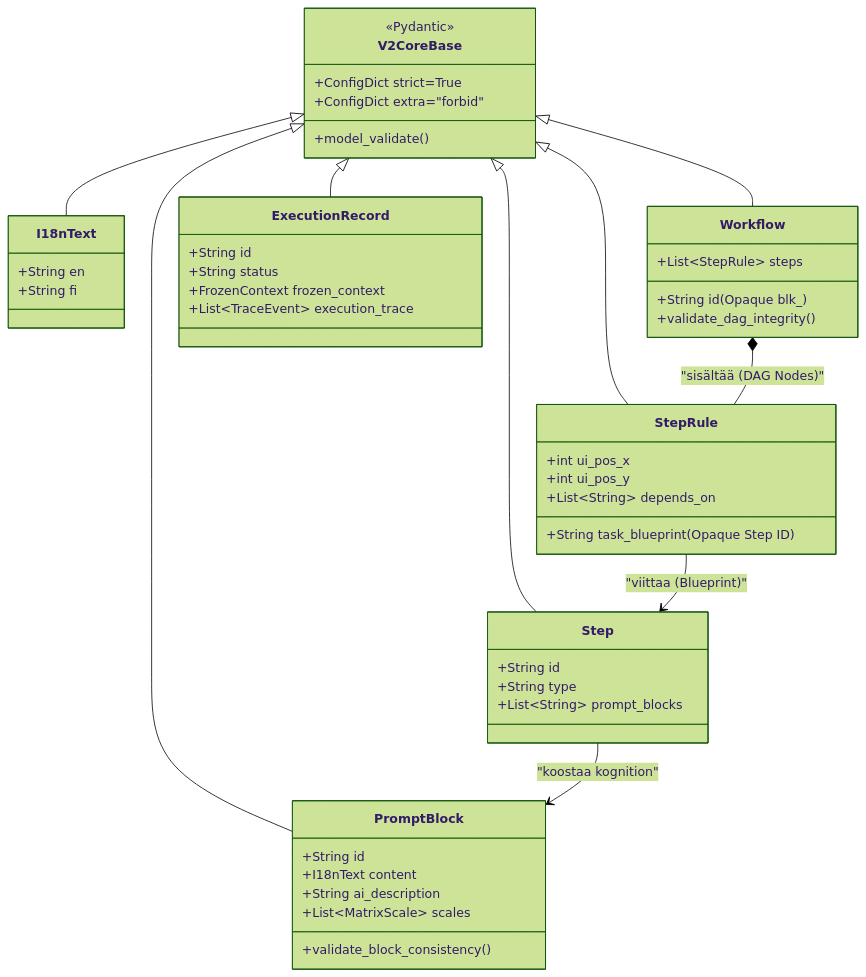
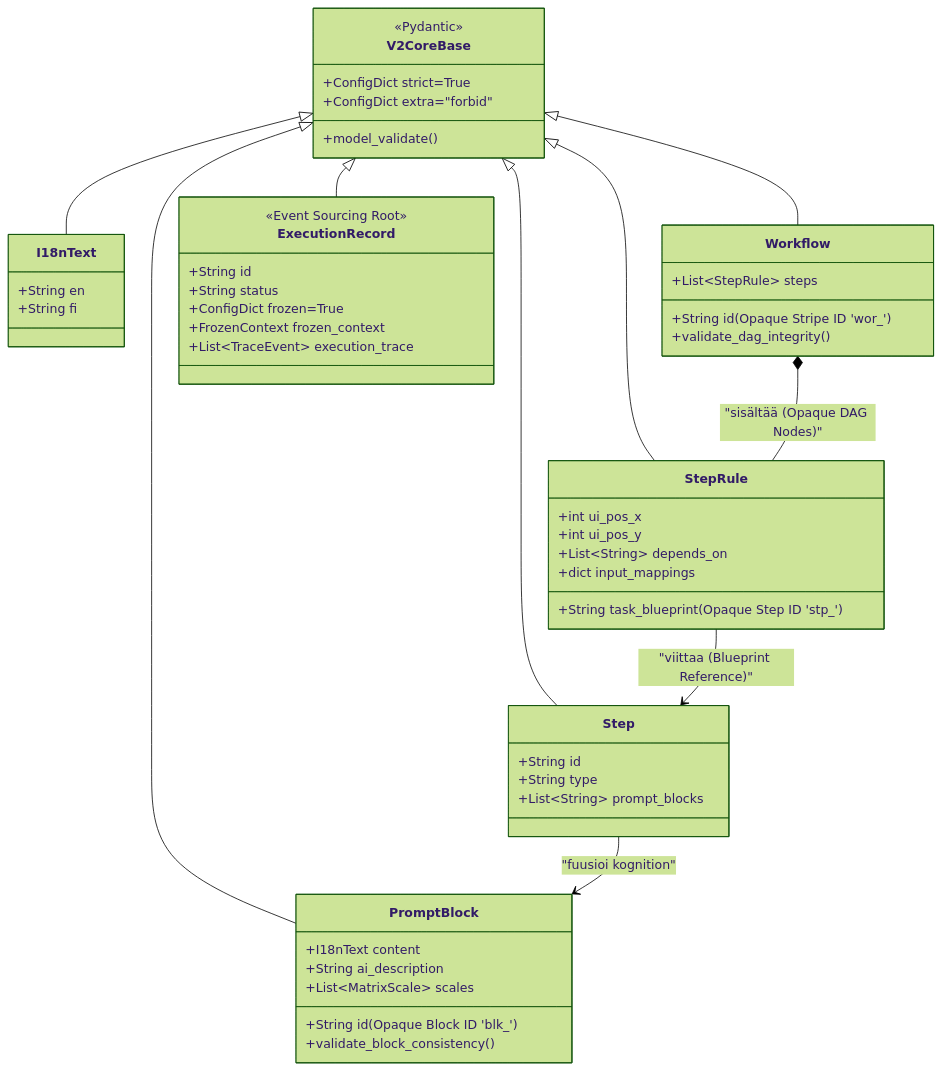
The diagram in docs/architecture/02_domain_models.md (launis/quorum), drawn with Mermaid (forest theme) before and after one commit. The commit also changed 9 other files, not shown here.

Commit message:
docs: add comprehensive architecture documentation covering dynamic rendering, persistence, and system design principles

````diff
--- a/docs/architecture/02_domain_models.md
+++ b/docs/architecture/02_domain_models.md
@@ -22,59 +22,62 @@
 ```mermaid
 classDiagram
     class V2CoreBase{
         <<Pydantic>>
         +ConfigDict strict=True
         +ConfigDict extra="forbid"
         +model_validate()
     }
 
     class I18nText{
         +String en
         +String fi
     }
 
     class Workflow{
-        +String id (Opaque blk_)
+        +String id (Opaque Stripe ID 'wor_')
         +List~StepRule~ steps
         +validate_dag_integrity()
     }
 
     class StepRule{
-        +String task_blueprint (Opaque Step ID)
+        +String task_blueprint (Opaque Step ID 'stp_')
         +int ui_pos_x
         +int ui_pos_y
         +List~String~ depends_on
+        +dict input_mappings
     }
     
     class Step{
         +String id
         +String type
         +List~String~ prompt_blocks
     }
 
     class PromptBlock{
-        +String id
+        +String id (Opaque Block ID 'blk_')
         +I18nText content
         +String ai_description
         +List~MatrixScale~ scales
         +validate_block_consistency()
     }
 
     class ExecutionRecord{
+        <<Event Sourcing Root>>
         +String id
         +String status
+        +ConfigDict frozen=True
         +FrozenContext frozen_context
         +List~TraceEvent~ execution_trace
     }
 
     V2CoreBase <|-- I18nText
     V2CoreBase <|-- Workflow
     V2CoreBase <|-- StepRule
     V2CoreBase <|-- Step
     V2CoreBase <|-- PromptBlock
     V2CoreBase <|-- ExecutionRecord
 
-    Workflow *-- StepRule : "sisältää (DAG Nodes)"
-    StepRule --> Step : "viittaa (Blueprint)"
-    Step --> PromptBlock : "koostaa kognition"
+    Workflow *-- StepRule : "sisältää (Opaque DAG Nodes)"
+    StepRule --> Step : "viittaa (Blueprint Reference)"
+    Step --> PromptBlock : "fuusioi kognition"
 ```
````
